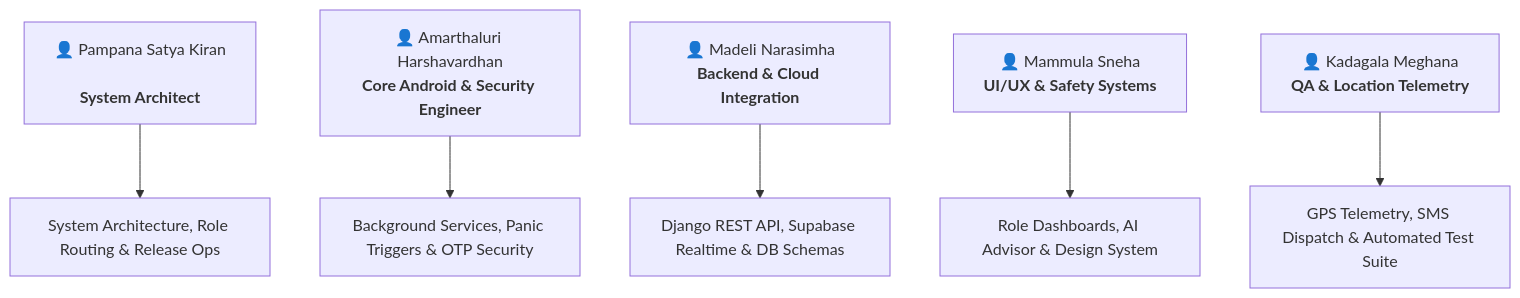
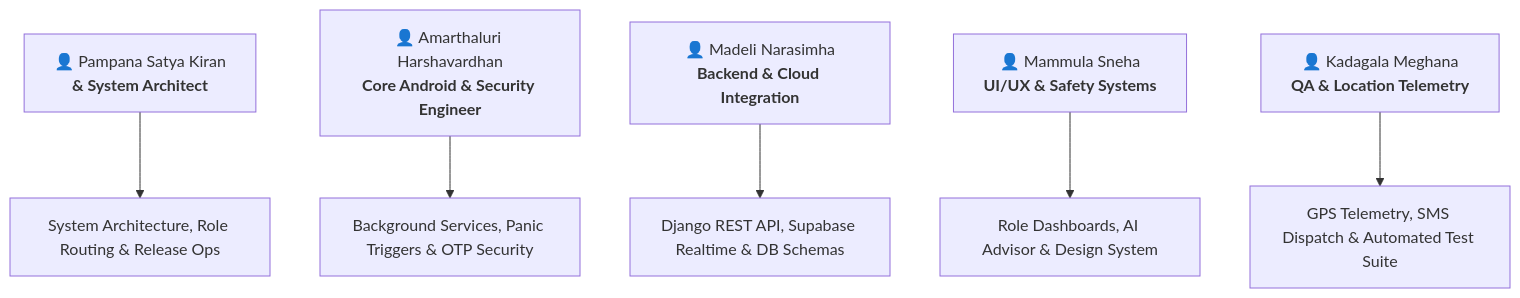
The diagram in team.md (satyakiran29/GuardianAI), drawn with Mermaid before and after one commit. The commit also changed other lines of this file, not shown here.

````diff
--- a/team.md
+++ b/team.md
@@ -20,15 +20,14 @@
 ```mermaid
 graph TD
-    PSK["👤 Pampana Satya Kiran<br/><b> 
-     System Architect</b>"]
+    PSK["👤 Pampana Satya Kiran<br/><b> & System Architect</b>"]
     AH["👤 Amarthaluri Harshavardhan<br/><b>Core Android & Security Engineer</b>"]
     MN["👤 Madeli Narasimha<br/><b>Backend & Cloud Integration</b>"]
     MS["👤 Mammula Sneha<br/><b>UI/UX & Safety Systems</b>"]
     KM["👤 Kadagala Meghana<br/><b>QA & Location Telemetry</b>"]
 
     PSK --> CoreArch["System Architecture, Role Routing & Release Ops"]
     AH --> SecuritySensors["Background Services, Panic Triggers & OTP Security"]
     MN --> CloudAPI["Django REST API, Supabase Realtime & DB Schemas"]
     MS --> UIUXAssist["Role Dashboards, AI Advisor & Design System"]
     KM --> TelemetryQA["GPS Telemetry, SMS Dispatch & Automated Test Suite"]
 ```
````
